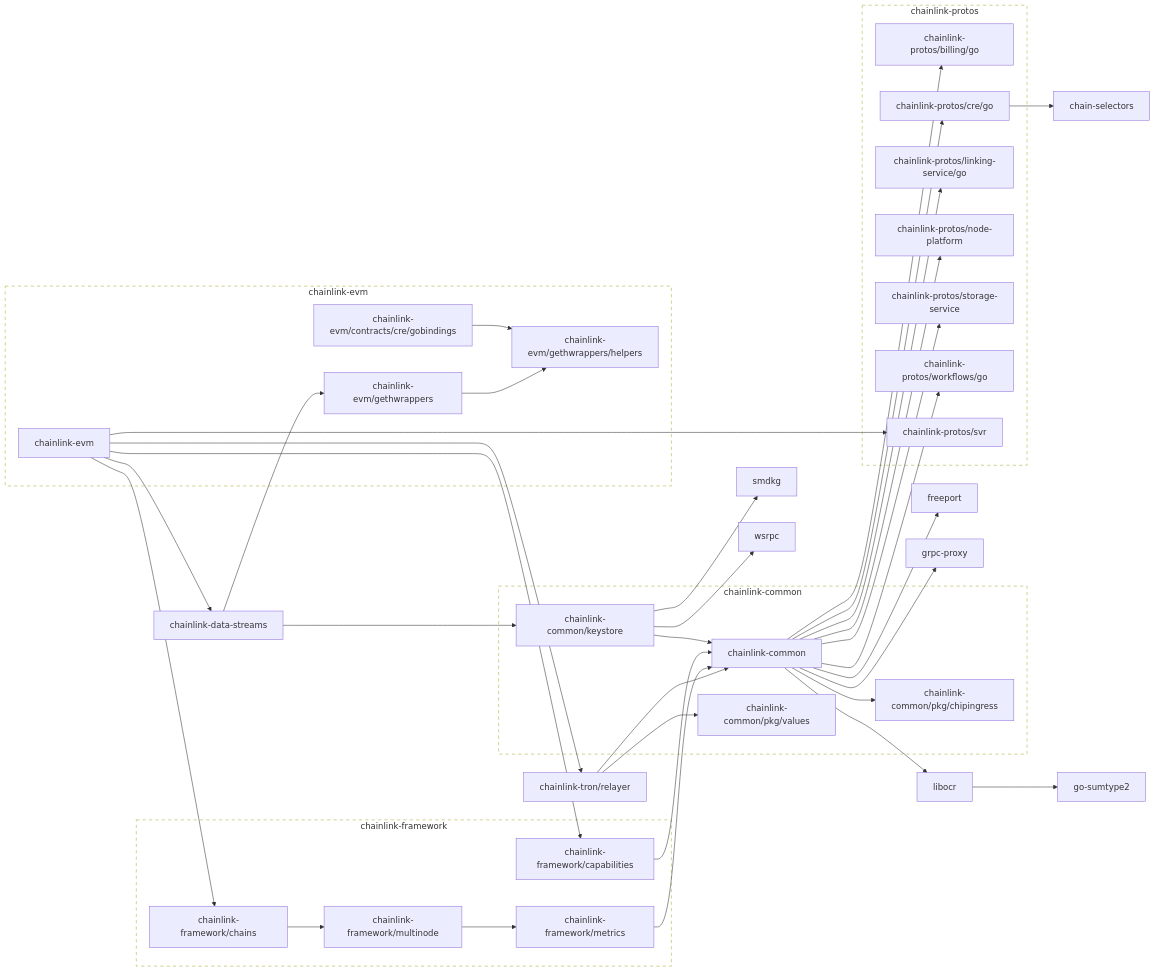
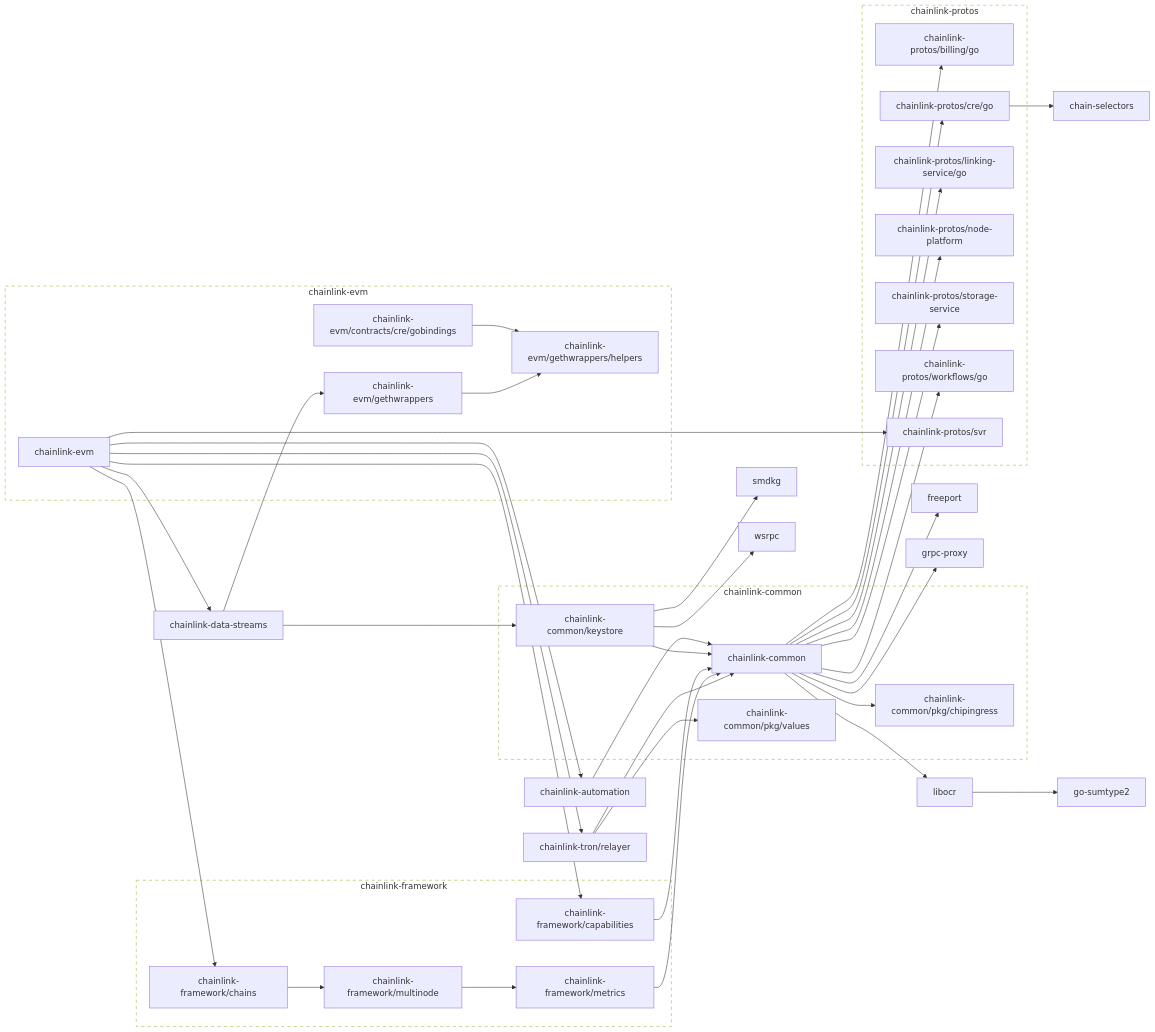
One commit to smartcontractkit/chainlink-evm changed the diagram in go.md. Above: the diagram before and after it, drawn with Mermaid. The commit also changed 85 other files, not shown here.

```diff
--- a/go.md
+++ b/go.md
@@ -4,6 +4,8 @@
 
 	chain-selectors
 	click chain-selectors href "https://github.com/smartcontractkit/chain-selectors"
+	chainlink-automation --> chainlink-common
+	click chainlink-automation href "https://github.com/smartcontractkit/chainlink-automation"
 	chainlink-common --> chainlink-common/pkg/chipingress
 	chainlink-common --> chainlink-protos/billing/go
 	chainlink-common --> chainlink-protos/cre/go
@@ -26,6 +28,7 @@
 	chainlink-data-streams --> chainlink-common/keystore
 	chainlink-data-streams --> chainlink-evm/gethwrappers
 	click chainlink-data-streams href "https://github.com/smartcontractkit/chainlink-data-streams"
+	chainlink-evm --> chainlink-automation
 	chainlink-evm --> chainlink-data-streams
 	chainlink-evm --> chainlink-framework/capabilities
 	chainlink-evm --> chainlink-framework/chains
```
